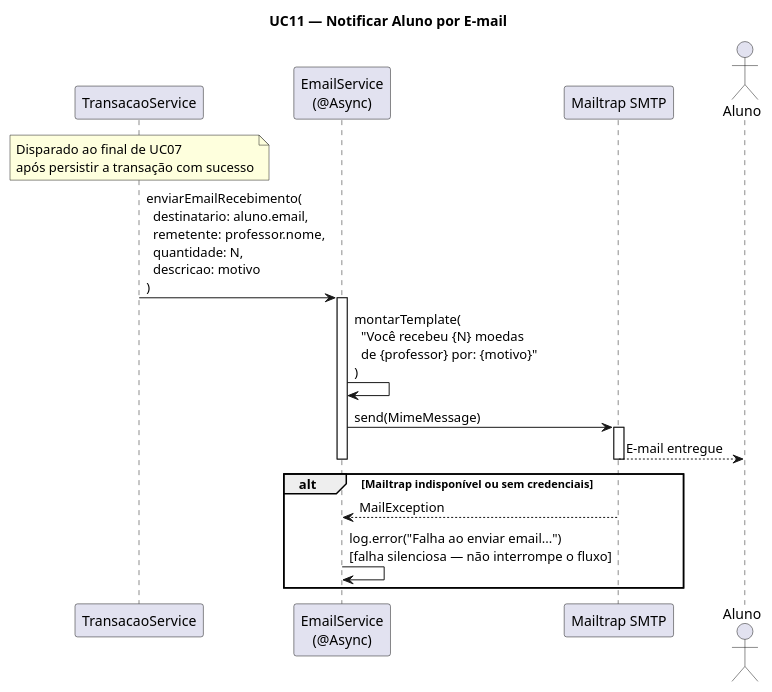
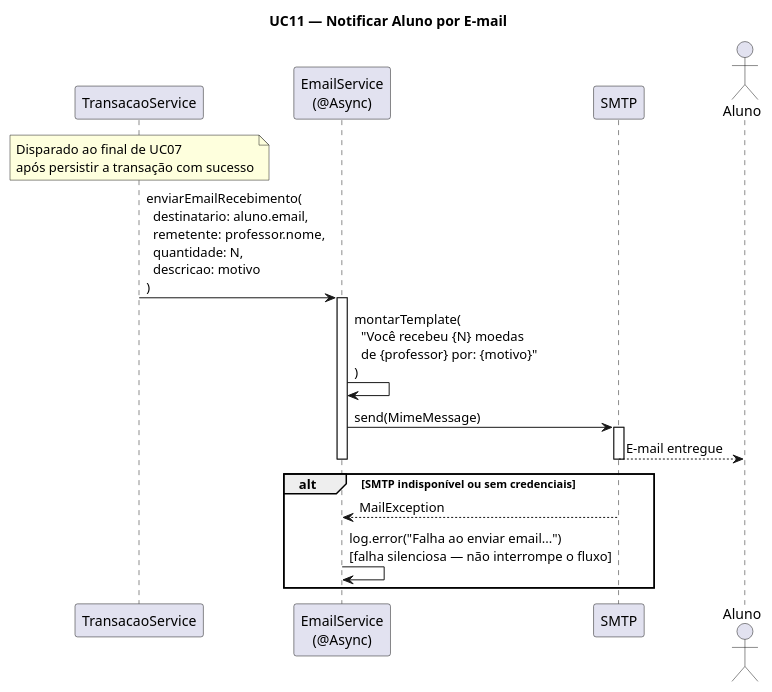
Before and after one commit to bernardogomes25/braincoins: diagram 11 of 19 in docs/diagramas_sequencia/README.md, drawn with PlantUML. The commit also changed other lines of this file and 15 other files, not shown here.

````diff
--- a/docs/diagramas_sequencia/README.md
+++ b/docs/diagramas_sequencia/README.md
@@ -534,29 +534,29 @@
 ```plantuml
 @startuml UC11 - Notificar Aluno por Email
 title UC11 — Notificar Aluno por E-mail
 
 participant "TransacaoService" as TS
 participant "EmailService\n(@Async)" as ES
-participant "Mailtrap SMTP" as SMTP
+participant "SMTP" as SMTP
 actor "Aluno" as A
 
 note over TS: Disparado ao final de UC07\napós persistir a transação com sucesso
 
 TS -> ES: enviarEmailRecebimento(\n  destinatario: aluno.email,\n  remetente: professor.nome,\n  quantidade: N,\n  descricao: motivo\n)
 activate ES
 
 ES -> ES: montarTemplate(\n  "Você recebeu {N} moedas\n  de {professor} por: {motivo}"\n)
 
 ES -> SMTP: send(MimeMessage)
 activate SMTP
 SMTP --> A: E-mail entregue
 deactivate SMTP
 
 deactivate ES
 
-alt Mailtrap indisponível ou sem credenciais
+alt SMTP indisponível ou sem credenciais
     SMTP --> ES: MailException
     ES -> ES: log.error("Falha ao enviar email...")\n[falha silenciosa — não interrompe o fluxo]
 end
 @enduml
 ```
````
